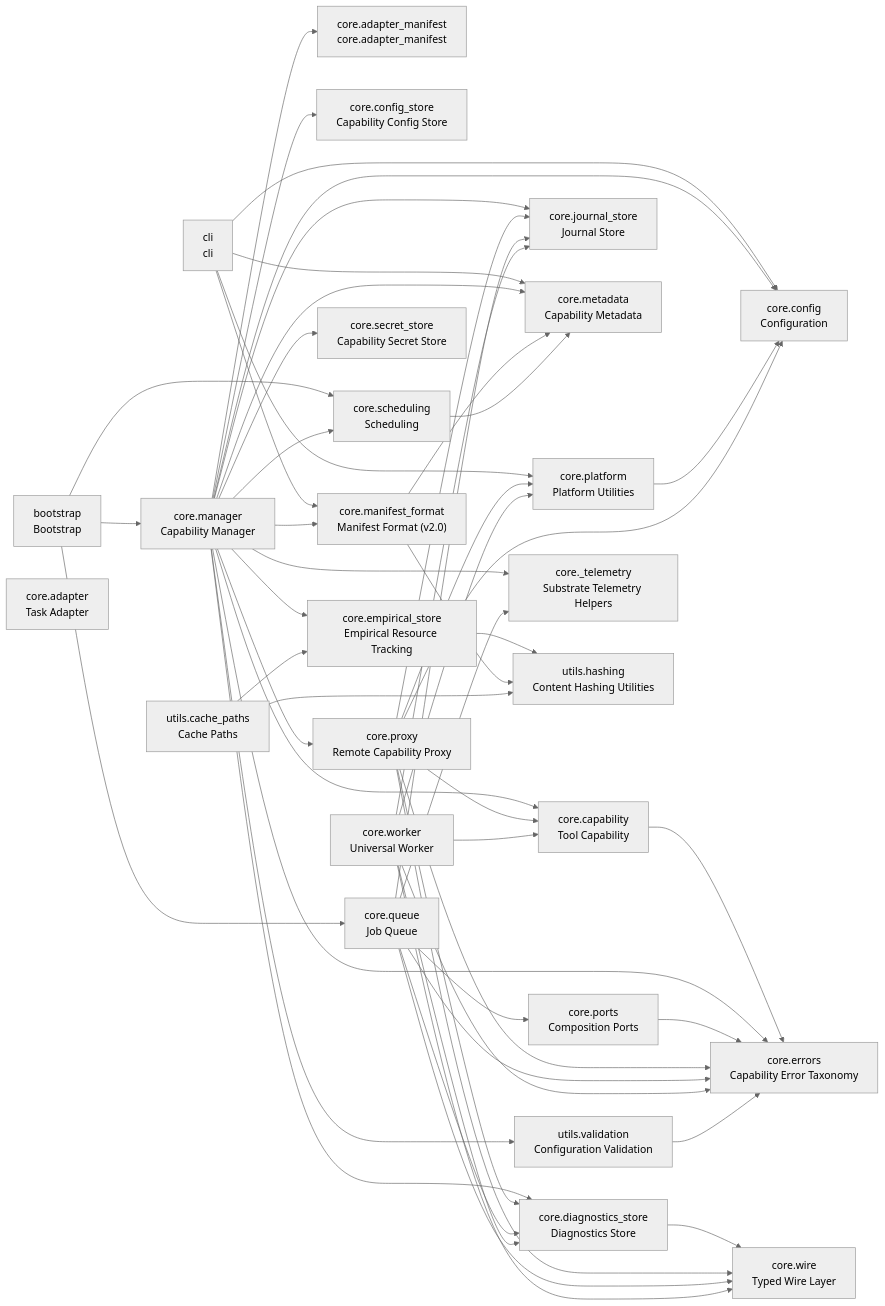
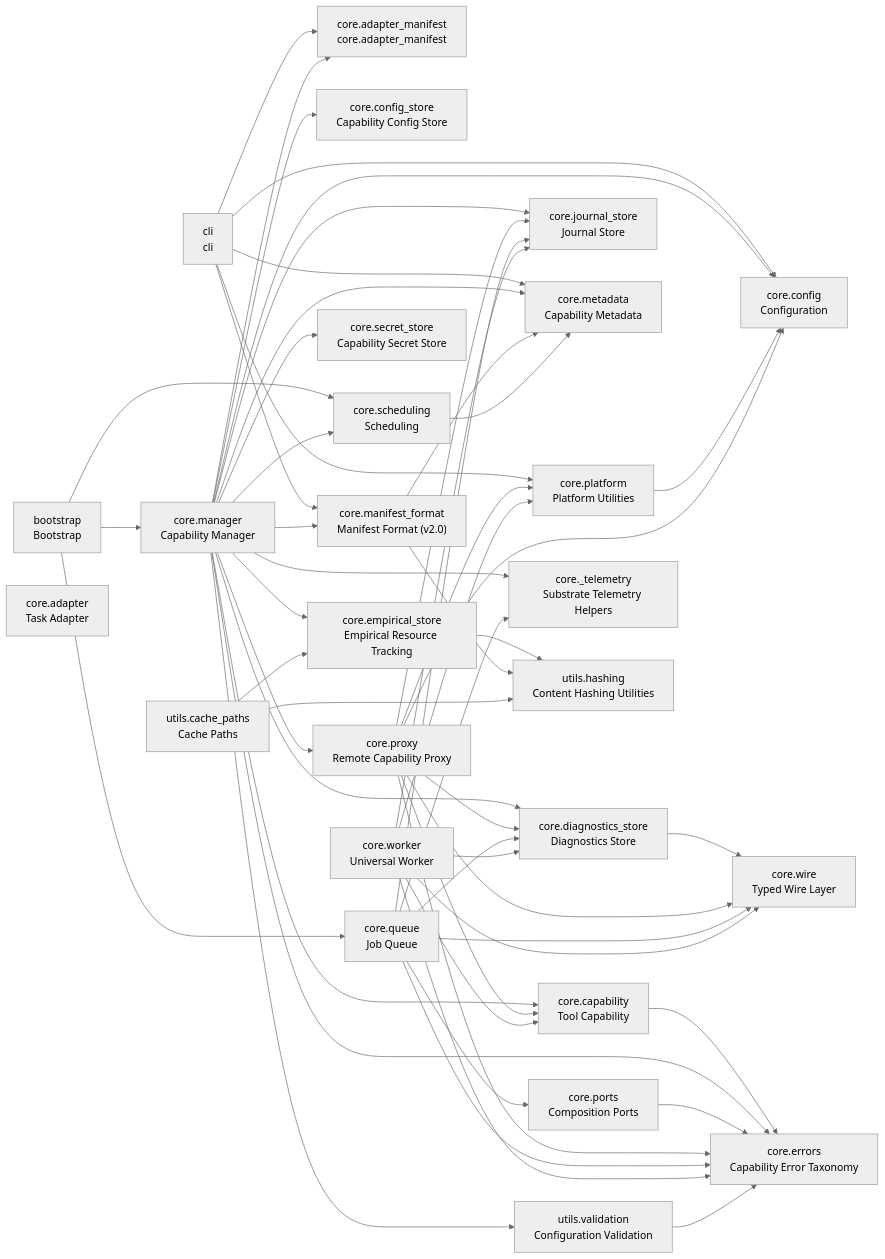
Before and after one commit to cj-mills/cjm-substrate: the diagram in README.md, drawn with Mermaid (neutral theme). The commit also changed other lines of this file and 1 other file, not shown here.

````diff
--- a/README.md
+++ b/README.md
@@ -74,56 +74,57 @@
     utils_hashing["utils.hashing<br/>Content Hashing Utilities"]
     utils_validation["utils.validation<br/>Configuration Validation"]
 
-    bootstrap --> core_queue
     bootstrap --> core_manager
     bootstrap --> core_scheduling
-    cli --> core_manifest_format
+    bootstrap --> core_queue
     cli --> core_config
     cli --> core_platform
+    cli --> core_manifest_format
+    cli --> core_adapter_manifest
     cli --> core_metadata
     core_capability --> core_errors
     core_diagnostics_store --> core_wire
     core_empirical_store --> utils_hashing
     core_manager --> core_diagnostics_store
+    core_manager --> core_config
     core_manager --> core_errors
+    core_manager --> core_metadata
+    core_manager --> core_config_store
+    core_manager --> core_capability
+    core_manager --> core__telemetry
+    core_manager --> core_empirical_store
     core_manager --> core_manifest_format
-    core_manager --> core_config
     core_manager --> core_adapter_manifest
-    core_manager --> core_capability
     core_manager --> core_journal_store
+    core_manager --> utils_validation
+    core_manager --> core_scheduling
     core_manager --> core_secret_store
-    core_manager --> core_scheduling
-    core_manager --> core_metadata
-    core_manager --> core_empirical_store
-    core_manager --> core_config_store
-    core_manager --> utils_validation
     core_manager --> core_proxy
-    core_manager --> core__telemetry
+    core_manifest_format --> core_metadata
     core_manifest_format --> utils_hashing
-    core_manifest_format --> core_metadata
     core_platform --> core_config
     core_ports --> core_errors
     core_proxy --> core_diagnostics_store
+    core_proxy --> core_config
+    core_proxy --> core_errors
     core_proxy --> core_wire
-    core_proxy --> core_config
     core_proxy --> core_capability
     core_proxy --> core_journal_store
-    core_proxy --> core_errors
     core_proxy --> core_platform
     core_queue --> core_diagnostics_store
+    core_queue --> core_ports
     core_queue --> core_wire
+    core_queue --> core__telemetry
     core_queue --> core_journal_store
     core_queue --> core_errors
-    core_queue --> core_ports
-    core_queue --> core__telemetry
     core_scheduling --> core_metadata
     core_worker --> core_wire
+    core_worker --> core_platform
     core_worker --> core_errors
+    core_worker --> core_diagnostics_store
     core_worker --> core_journal_store
-    core_worker --> core_diagnostics_store
-    core_worker --> core_platform
     core_worker --> core_capability
+    utils_cache_paths --> core_empirical_store
     utils_cache_paths --> utils_hashing
-    utils_cache_paths --> core_empirical_store
     utils_validation --> core_errors
 ```
````
